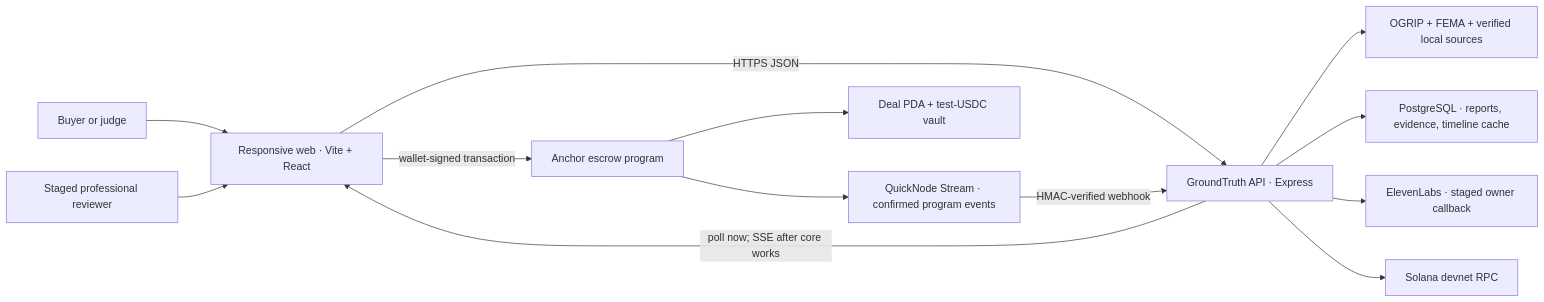
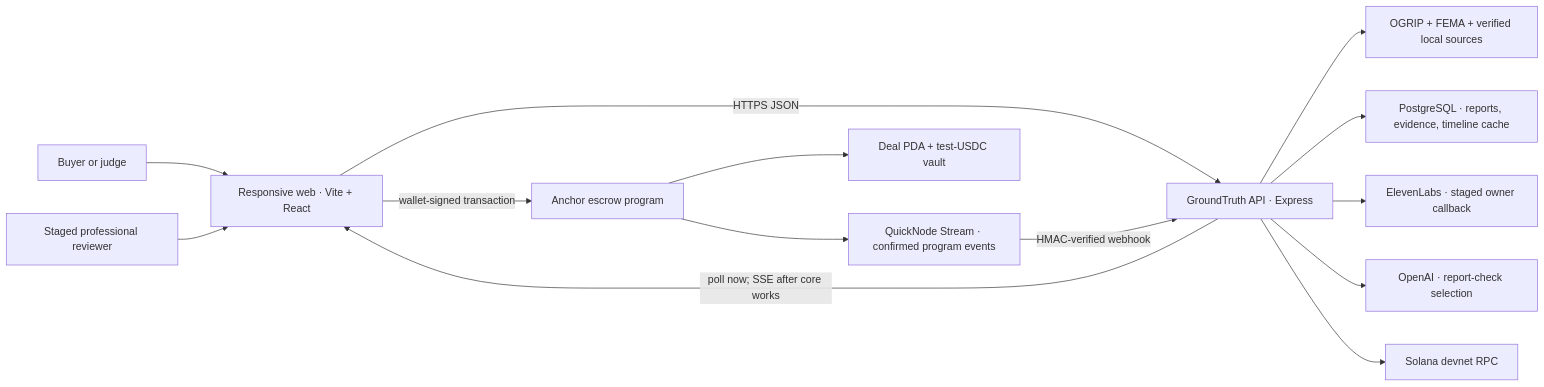
The first of 4 diagrams in docs/architecture/Architecture.md (hudakjoseph28/GroundTruth), drawn with Mermaid before and after one commit. The commit also changed other lines of this file and 32 other files, not shown here.

````diff
--- a/docs/architecture/Architecture.md
+++ b/docs/architecture/Architecture.md
@@ -22,17 +23,18 @@
 ```mermaid
 flowchart LR
     Buyer["Buyer or judge"] --> Web["Responsive web · Vite + React"]
     Reviewer["Staged professional reviewer"] --> Web
     Web -->|"HTTPS JSON"| API["GroundTruth API · Express"]
 
     API --> Parcel["OGRIP + FEMA + verified local sources"]
     API --> DB["PostgreSQL · reports, evidence, timeline cache"]
     API --> Voice["ElevenLabs · staged owner callback"]
+    API --> Model["OpenAI · report-check selection"]
     API --> RPC["Solana devnet RPC"]
 
     Web -->|"wallet-signed transaction"| Program["Anchor escrow program"]
     Program --> Vault["Deal PDA + test-USDC vault"]
     Program --> Stream["QuickNode Stream · confirmed program events"]
     Stream -->|"HMAC-verified webhook"| API
     API -->|"poll now; SSE after core works"| Web
 ```
````
